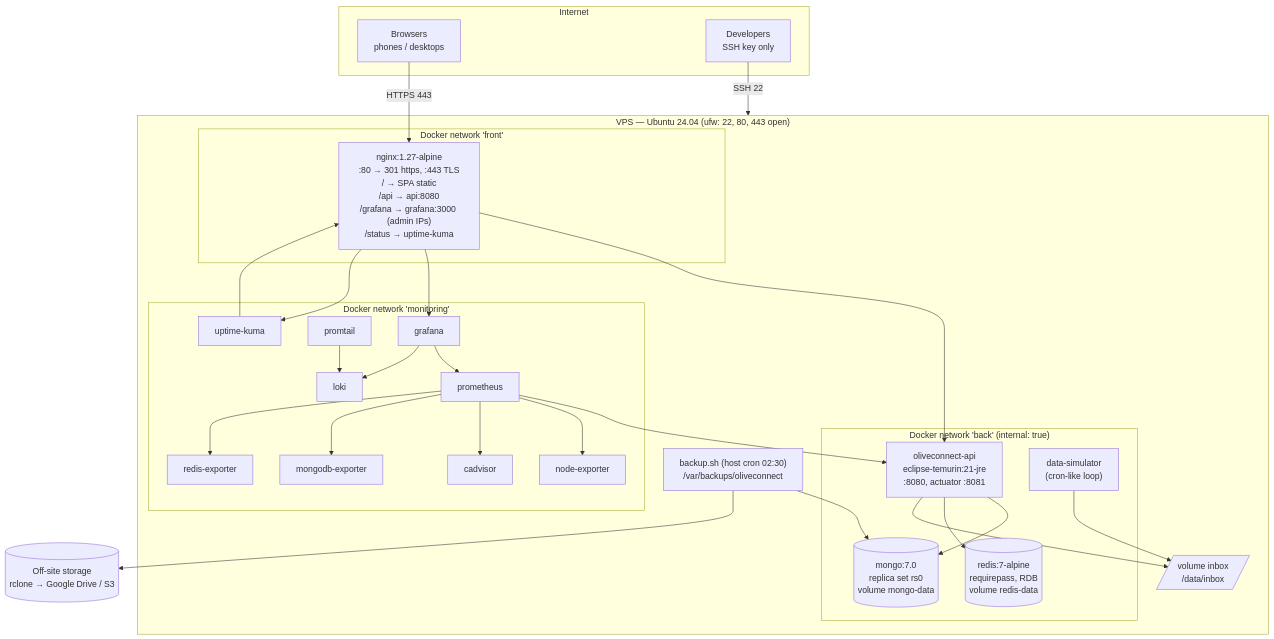
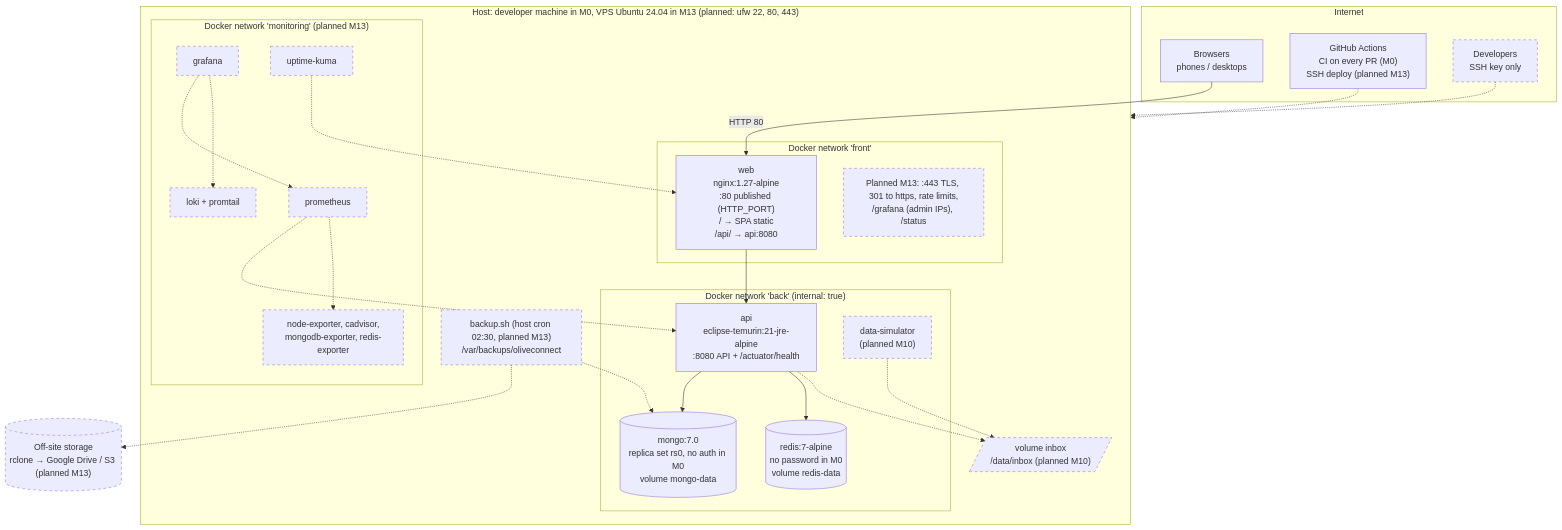
Before and after one commit to Iyed-M/olive-connect: the first of 3 diagrams in docs/10-deployment.md, drawn with Mermaid. The commit also changed other lines of this file and 52 other files, not shown here.

````diff
--- a/docs/10-deployment.md
+++ b/docs/10-deployment.md
@@ -7,53 +19,47 @@
 ```mermaid
 flowchart TB
     subgraph Internet
         BR[Browsers<br/>phones / desktops]
-        DEV[Developers<br/>SSH key only]
+        GH["GitHub Actions<br/>CI on every PR (M0)<br/>SSH deploy (planned M13)"]
+        DEV["Developers<br/>SSH key only"]:::planned
     end
-    subgraph VPS["VPS — Ubuntu 24.04 (ufw: 22, 80, 443 open)"]
-        subgraph DockerNet["Docker network 'front'"]
-            NGINX["nginx:1.27-alpine<br/>:80 → 301 https, :443 TLS<br/>/ → SPA static<br/>/api → api:8080<br/>/grafana → grafana:3000 (admin IPs)<br/>/status → uptime-kuma"]
+    subgraph HOST["Host: developer machine in M0, VPS Ubuntu 24.04 in M13 (planned: ufw 22, 80, 443)"]
+        subgraph FrontNet["Docker network 'front'"]
+            WEB["web<br/>nginx:1.27-alpine<br/>:80 published (HTTP_PORT)<br/>/ → SPA static<br/>/api/ → api:8080"]
+            NGX2["Planned M13: :443 TLS, 301 to https, rate limits,<br/>/grafana (admin IPs), /status"]:::planned
         end
         subgraph BackNet["Docker network 'back' (internal: true)"]
-            API["oliveconnect-api<br/>eclipse-temurin:21-jre<br/>:8080, actuator :8081"]
-            MONGO[("mongo:7.0<br/>replica set rs0<br/>volume mongo-data")]
-            REDIS[("redis:7-alpine<br/>requirepass, RDB<br/>volume redis-data")]
-            SIM["data-simulator<br/>(cron-like loop)"]
+            API["api<br/>eclipse-temurin:21-jre-alpine<br/>:8080 API + /actuator/health"]
+            MONGO[("mongo:7.0<br/>replica set rs0, no auth in M0<br/>volume mongo-data")]
+            REDIS[("redis:7-alpine<br/>no password in M0<br/>volume redis-data")]
+            SIM["data-simulator<br/>(planned M10)"]:::planned
         end
-        subgraph MonNet["Docker network 'monitoring'"]
-            PROM[prometheus]
-            GRAF[grafana]
-            LOKI[loki]
-            PT[promtail]
-            NE[node-exporter]
-            CA[cadvisor]
-            ME[mongodb-exporter]
-            RE[redis-exporter]
-            KUMA[uptime-kuma]
+        subgraph MonNet["Docker network 'monitoring' (planned M13)"]
+            PROM[prometheus]:::planned
+            GRAF[grafana]:::planned
+            LOKI[loki + promtail]:::planned
+            EXP["node-exporter, cadvisor,<br/>mongodb-exporter, redis-exporter"]:::planned
+            KUMA[uptime-kuma]:::planned
         end
-        VOL1[/"volume inbox<br/>/data/inbox"/]
-        BK["backup.sh (host cron 02:30)<br/>/var/backups/oliveconnect"]
+        VOL1[/"volume inbox<br/>/data/inbox (planned M10)"/]:::planned
+        BK["backup.sh (host cron 02:30, planned M13)<br/>/var/backups/oliveconnect"]:::planned
     end
-    OFF[("Off-site storage<br/>rclone → Google Drive / S3")]
+    OFF[("Off-site storage<br/>rclone → Google Drive / S3 (planned M13)")]:::planned
 
-    BR -- HTTPS 443 --> NGINX
-    DEV -- SSH 22 --> VPS
-    NGINX --> API
-    NGINX --> GRAF
-    NGINX --> KUMA
+    BR -- HTTP 80 --> WEB
+    DEV -.-> HOST
+    GH -.-> HOST
+    WEB --> API
     API --> MONGO
     API --> REDIS
-    API --> VOL1
-    SIM --> VOL1
-    PROM --> API
-    PROM --> NE
-    PROM --> CA
-    PROM --> ME
-    PROM --> RE
-    PT --> LOKI
-    GRAF --> PROM
-    GRAF --> LOKI
-    KUMA --> NGINX
-    BK --> MONGO
-    BK --> OFF
+    API -.-> VOL1
+    SIM -.-> VOL1
+    PROM -.-> API
+    PROM -.-> EXP
+    GRAF -.-> PROM
+    GRAF -.-> LOKI
+    KUMA -.-> WEB
+    BK -.-> MONGO
+    BK -.-> OFF
+    classDef planned stroke-dasharray: 5 5
 ```
````
